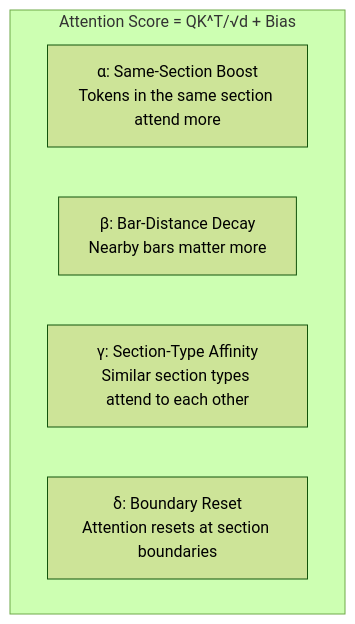
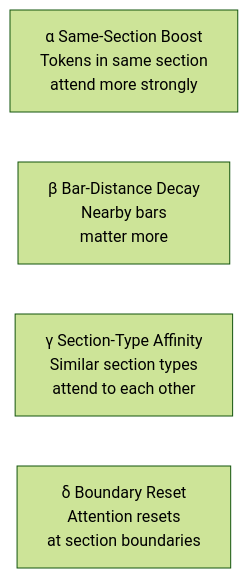
The fifth of 12 diagrams in README.md (Derancarls/Chopinote-AI), drawn with Mermaid (forest theme) before and after one commit. The commit also changed other lines of this file, not shown here.

Commit message:
v0.3.3-pre2: fix Mermaid syntax, remove LMDB/data-pipeline from README

````diff
--- a/README.md
+++ b/README.md
@@ -210,10 +197,7 @@
 ```mermaid
-flowchart TB
-    subgraph "Attention Score = QK^T/√d + Bias"
-        direction LR
-        A[α: Same-Section Boost<br/>Tokens in the same section attend more]
-        B[β: Bar-Distance Decay<br/>Nearby bars matter more]
-        G[γ: Section-Type Affinity<br/>Similar section types attend to each other]
-        D[δ: Boundary Reset<br/>Attention resets at section boundaries]
-    end
+flowchart LR
+    A["α Same-Section Boost<br/>Tokens in same section<br/>attend more strongly"]
+    B["β Bar-Distance Decay<br/>Nearby bars<br/>matter more"]
+    G["γ Section-Type Affinity<br/>Similar section types<br/>attend to each other"]
+    D["δ Boundary Reset<br/>Attention resets<br/>at section boundaries"]
 ```
````
